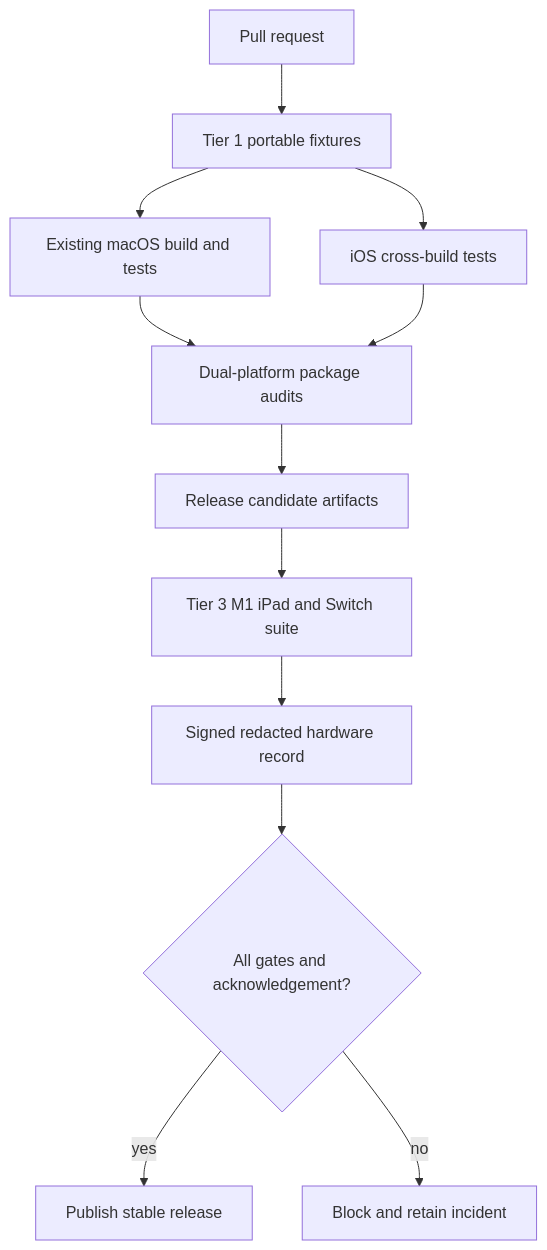
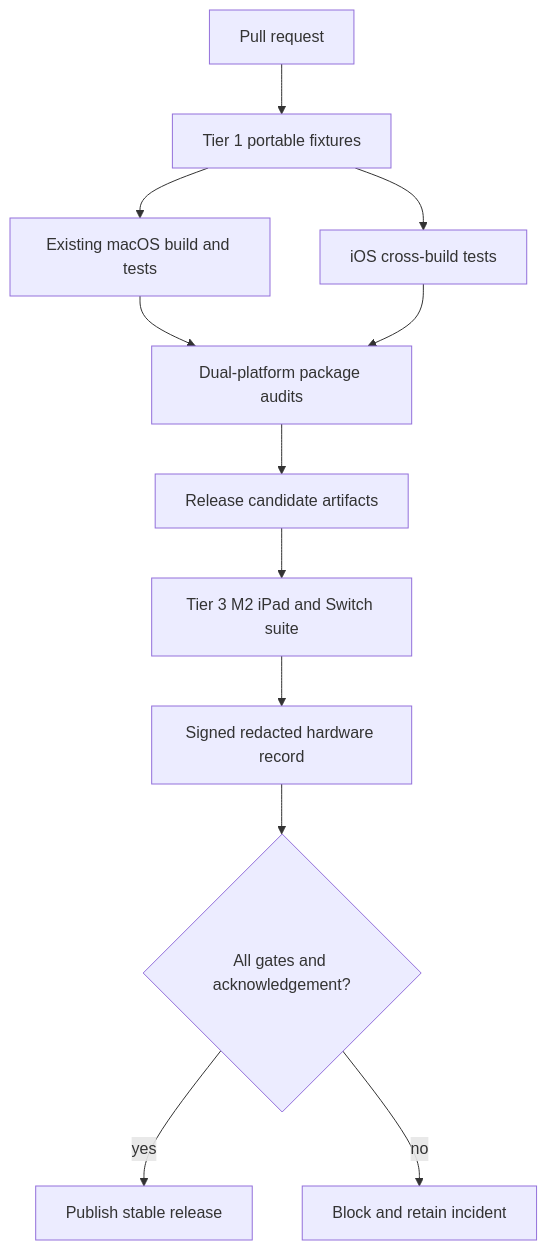
The first of 2 diagrams in docs/plans/ipad-port/06-release-validation.md (getBoolean/mac2jb), drawn with Mermaid before and after one commit. The commit also changed other lines of this file and 7 other files, not shown here.

````diff
--- a/docs/plans/ipad-port/06-release-validation.md
+++ b/docs/plans/ipad-port/06-release-validation.md
@@ -88,14 +88,14 @@
 ```mermaid
 flowchart TB
   PR[Pull request] --> T1[Tier 1 portable fixtures]
   T1 --> MAC[Existing macOS build and tests]
   T1 --> IOS[iOS cross-build tests]
   MAC --> PKG[Dual-platform package audits]
   IOS --> PKG
   PKG --> RC[Release candidate artifacts]
-  RC --> HW[Tier 3 M1 iPad and Switch suite]
+  RC --> HW[Tier 3 M2 iPad and Switch suite]
   HW --> REC[Signed redacted hardware record]
   REC --> PROMOTE{All gates and acknowledgement?}
   PROMOTE -->|yes| RELEASE[Publish stable release]
   PROMOTE -->|no| BLOCK[Block and retain incident]
 ```
````
